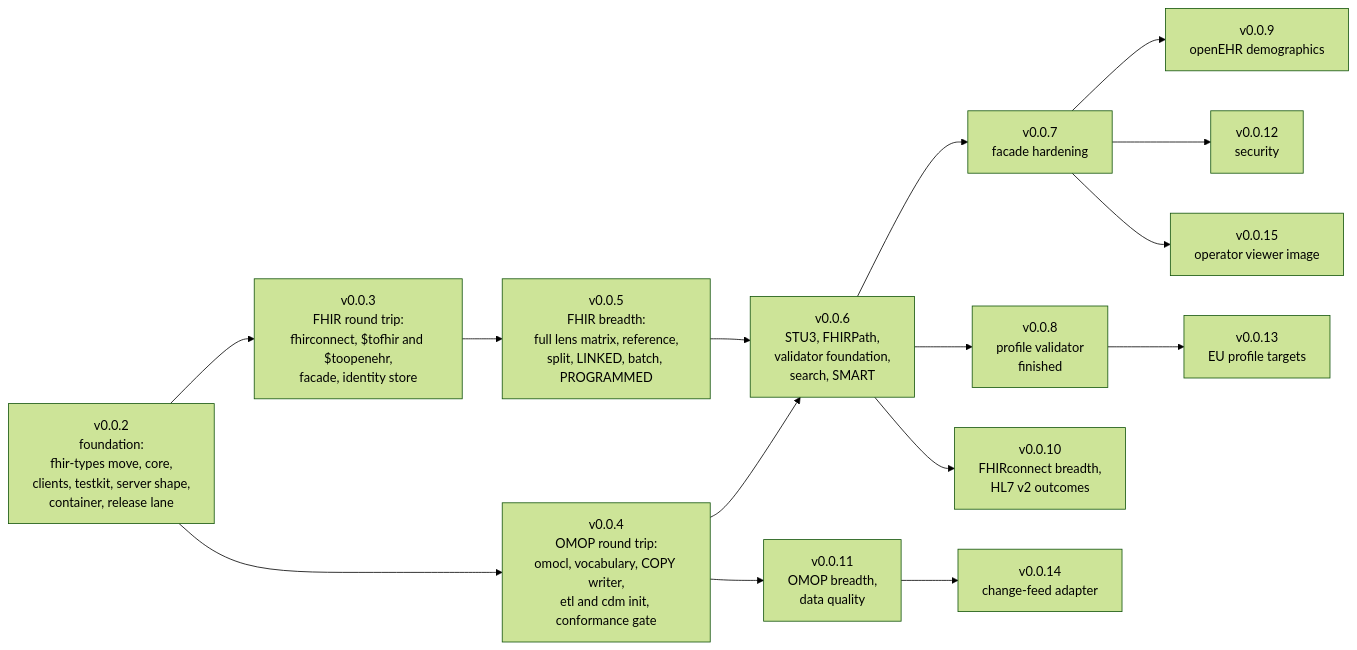
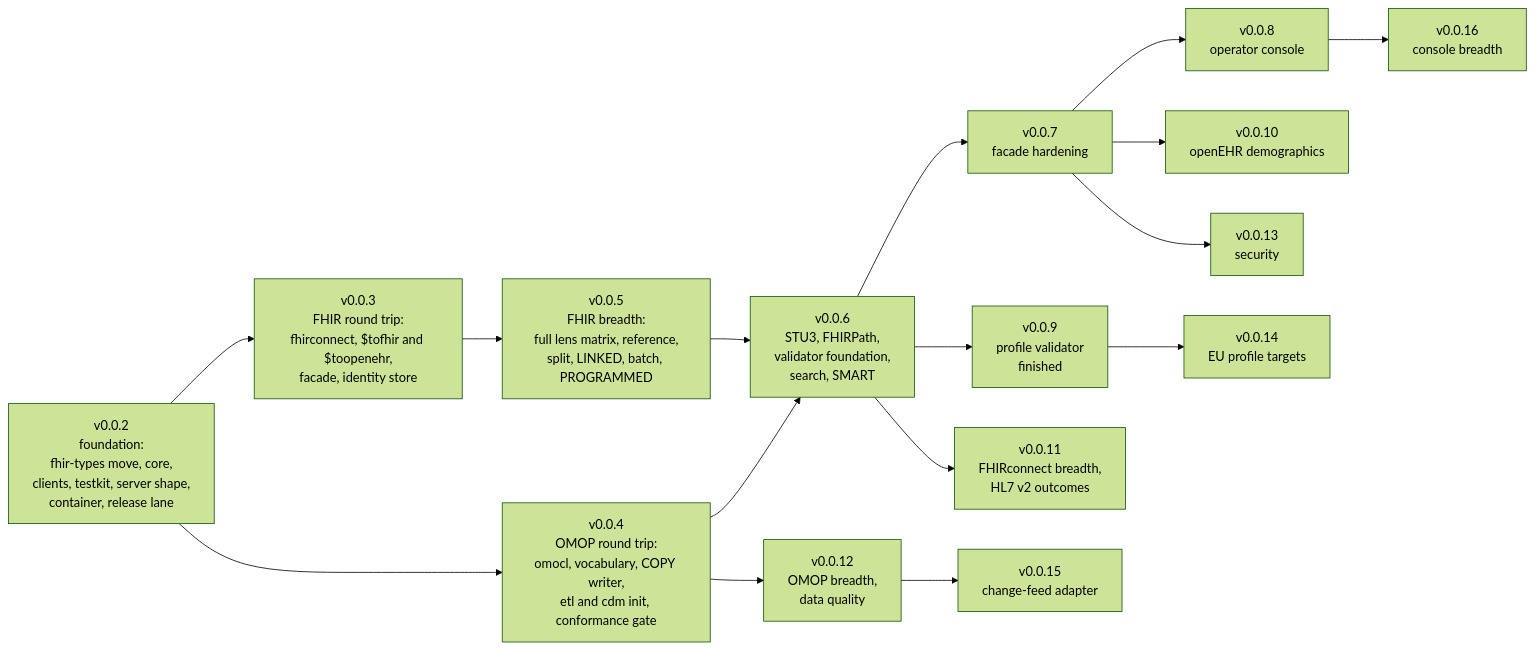
One commit to FerroHEALTH/FerroBRIDGE changed the tenth of 10 diagrams in docs/architecture.md. Above: the diagram before and after it, drawn with Mermaid (forest theme). The commit also changed other lines of this file, not shown here.

Commit message:
docs(architecture): record the operator console and operator API decisions, and renumber the build order (#709)

````diff
--- a/docs/architecture.md
+++ b/docs/architecture.md
@@ -2015,17 +2081,18 @@
 ```mermaid
 flowchart LR
     A["v0.0.2<br/>foundation:<br/>fhir-types move, core,<br/>clients, testkit, server shape,<br/>container, release lane"] --> B["v0.0.3<br/>FHIR round trip:<br/>fhirconnect, $tofhir and $toopenehr,<br/>facade, identity store"]
     A --> C["v0.0.4<br/>OMOP round trip:<br/>omocl, vocabulary, COPY writer,<br/>etl and cdm init, conformance gate"]
     B --> D["v0.0.5<br/>FHIR breadth:<br/>full lens matrix, reference,<br/>split, LINKED, batch, PROGRAMMED"]
     C --> E["v0.0.6<br/>STU3, FHIRPath,<br/>validator foundation,<br/>search, SMART"]
     D --> E
     E --> F["v0.0.7<br/>facade hardening"]
-    E --> G["v0.0.8<br/>profile validator<br/>finished"]
-    F --> H["v0.0.9<br/>openEHR demographics"]
-    E --> I["v0.0.10<br/>FHIRconnect breadth,<br/>HL7 v2 outcomes"]
-    C --> J["v0.0.11<br/>OMOP breadth,<br/>data quality"]
-    F --> K["v0.0.12<br/>security"]
-    G --> L["v0.0.13<br/>EU profile targets"]
-    J --> M["v0.0.14<br/>change-feed adapter"]
-    F --> N["v0.0.15<br/>operator viewer image"]
+    F --> N["v0.0.8<br/>operator console"]
+    E --> G["v0.0.9<br/>profile validator<br/>finished"]
+    F --> H["v0.0.10<br/>openEHR demographics"]
+    E --> I["v0.0.11<br/>FHIRconnect breadth,<br/>HL7 v2 outcomes"]
+    C --> J["v0.0.12<br/>OMOP breadth,<br/>data quality"]
+    F --> K["v0.0.13<br/>security"]
+    G --> L["v0.0.14<br/>EU profile targets"]
+    J --> M["v0.0.15<br/>change-feed adapter"]
+    N --> O["v0.0.16<br/>console breadth"]
 ```
````
